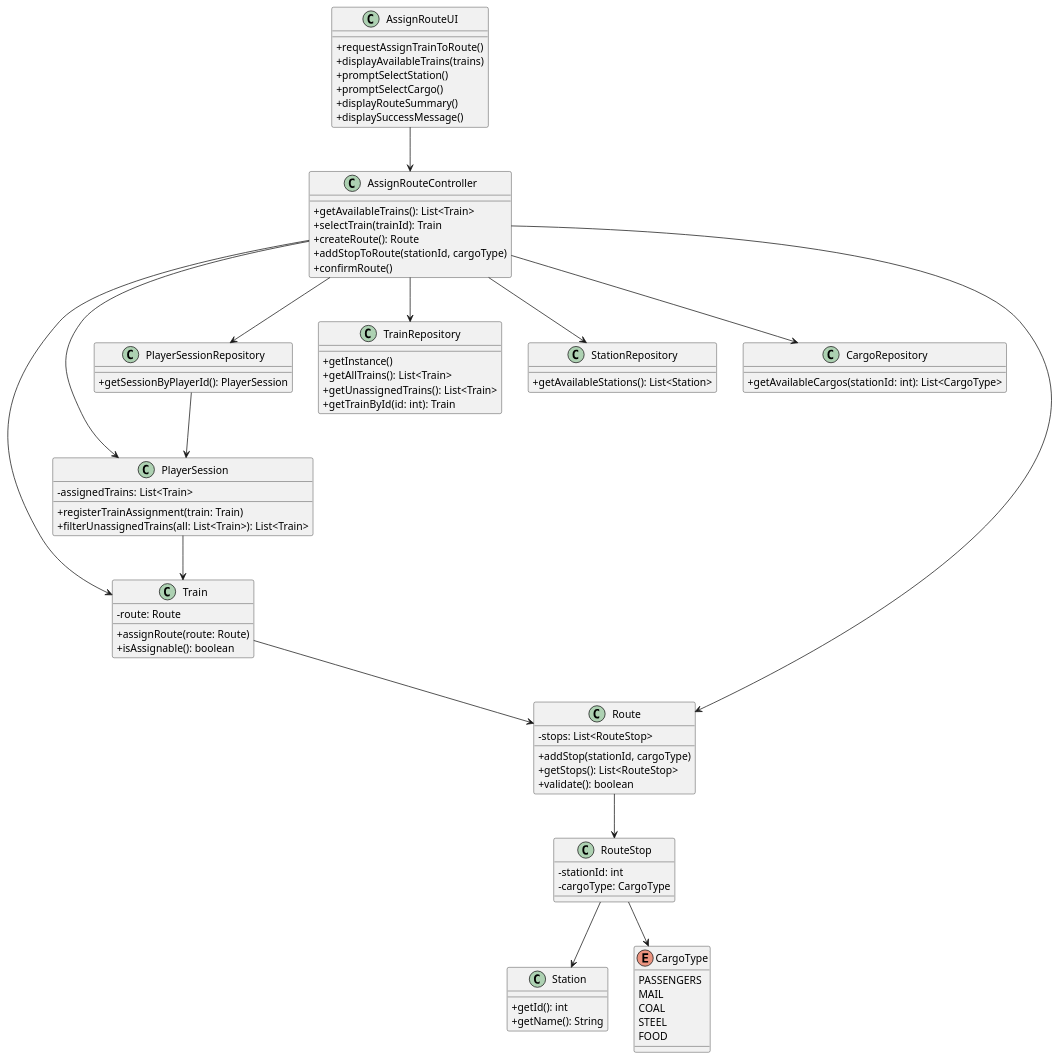
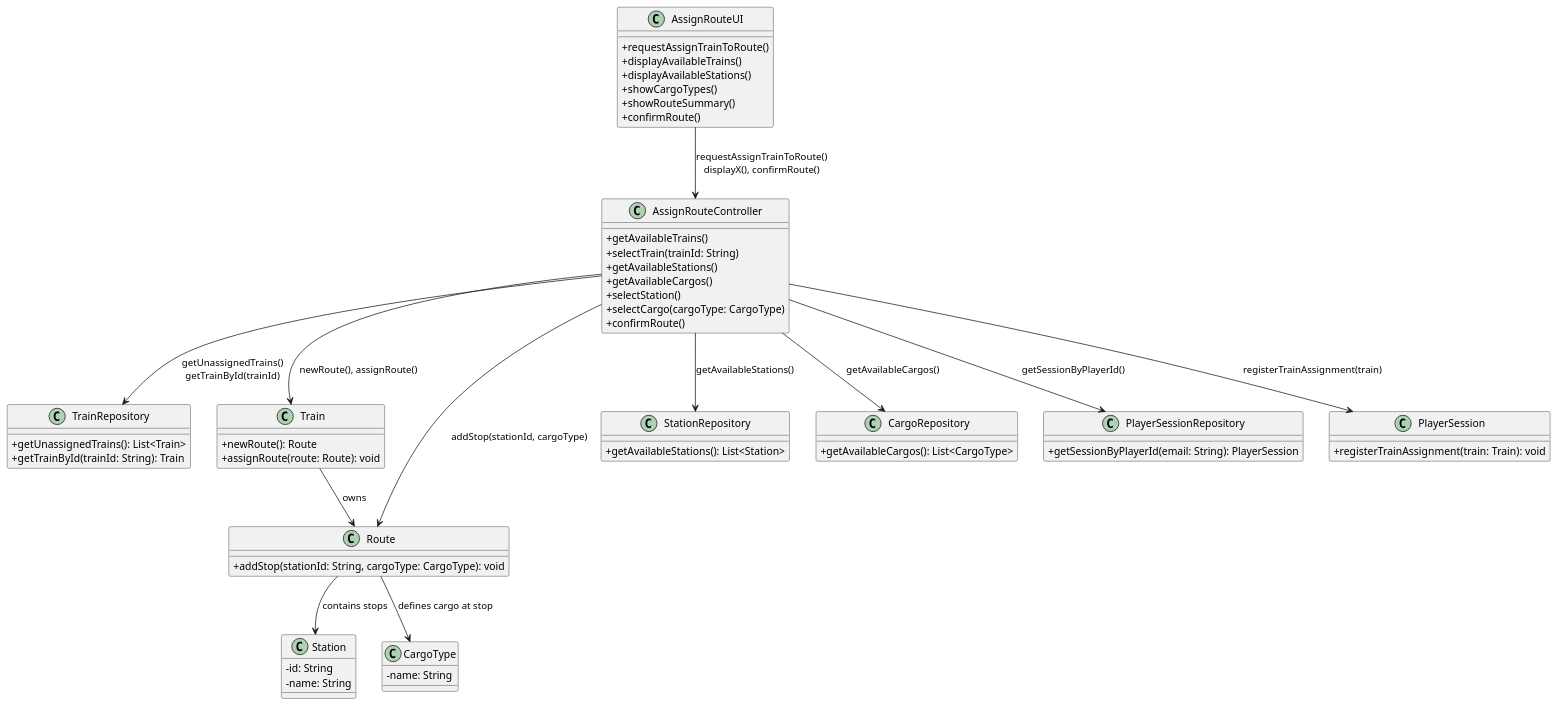
The diagram in docs/system-documentation/US10/03.design/puml/US010-CD.puml (Andremonteiro1240850/railway_simulator), drawn with PlantUML before and after one commit. The commit also changed 8 other files, not shown here.

```diff
--- a/docs/system-documentation/US10/03.design/puml/US010-CD.puml
+++ b/docs/system-documentation/US10/03.design/puml/US010-CD.puml
@@ -1,99 +1,83 @@
 @startuml
 skinparam classAttributeIconSize 0
 
-' === UI e Controlador ===
+
+
+
 class AssignRouteUI {
   +requestAssignTrainToRoute()
-  +displayAvailableTrains(trains)
-  +promptSelectStation()
-  +promptSelectCargo()
-  +displayRouteSummary()
-  +displaySuccessMessage()
+  +displayAvailableTrains()
+  +displayAvailableStations()
+  +showCargoTypes()
+  +showRouteSummary()
+  +confirmRoute()
 }
 
 class AssignRouteController {
-  +getAvailableTrains(): List<Train>
-  +selectTrain(trainId): Train
-  +createRoute(): Route
-  +addStopToRoute(stationId, cargoType)
+  +getAvailableTrains()
+  +selectTrain(trainId: String)
+  +getAvailableStations()
+  +getAvailableCargos()
+  +selectStation()
+  +selectCargo(cargoType: CargoType)
   +confirmRoute()
 }
 
-' === Entidades ===
+class TrainRepository {
+  +getUnassignedTrains(): List<Train>
+  +getTrainById(trainId: String): Train
+}
+
 class Train {
-  -route: Route
-  +assignRoute(route: Route)
-  +isAssignable(): boolean
+  +newRoute(): Route
+  +assignRoute(route: Route): void
 }
 
 class Route {
-  -stops: List<RouteStop>
-  +addStop(stationId, cargoType)
-  +getStops(): List<RouteStop>
-  +validate(): boolean
-}
-
-class RouteStop {
-  -stationId: int
-  -cargoType: CargoType
-}
-
-class PlayerSession {
-  -assignedTrains: List<Train>
-  +registerTrainAssignment(train: Train)
-  +filterUnassignedTrains(all: List<Train>): List<Train>
-}
-
-' === Repositórios ===
-class TrainRepository {
-  +getInstance()
-  +getAllTrains(): List<Train>
-  +getUnassignedTrains(): List<Train>
-  +getTrainById(id: int): Train
+  +addStop(stationId: String, cargoType: CargoType): void
 }
 
 class StationRepository {
   +getAvailableStations(): List<Station>
 }
 
+class Station {
+  -id: String
+  -name: String
+}
+
 class CargoRepository {
-  +getAvailableCargos(stationId: int): List<CargoType>
+  +getAvailableCargos(): List<CargoType>
+}
+
+class CargoType {
+  -name: String
 }
 
 class PlayerSessionRepository {
-  +getSessionByPlayerId(): PlayerSession
+  +getSessionByPlayerId(email: String): PlayerSession
 }
 
-' === Tipos auxiliares ===
-class Station {
-  +getId(): int
-  +getName(): String
-}
-
-enum CargoType {
-  PASSENGERS
-  MAIL
-  COAL
-  STEEL
-  FOOD
+class PlayerSession {
+  +registerTrainAssignment(train: Train): void
 }
 
 
-AssignRouteUI --> AssignRouteController
-AssignRouteController --> TrainRepository
-AssignRouteController --> StationRepository
-AssignRouteController --> CargoRepository
-AssignRouteController --> PlayerSessionRepository
-AssignRouteController --> Route
-AssignRouteController --> Train
-AssignRouteController --> PlayerSession
 
-PlayerSessionRepository --> PlayerSession
-PlayerSession --> Train
+AssignRouteUI --> AssignRouteController : requestAssignTrainToRoute()\ndisplayX(), confirmRoute()
 
-Train --> Route
-Route --> RouteStop
-RouteStop --> CargoType
-RouteStop --> Station
+AssignRouteController --> TrainRepository : getUnassignedTrains()\ngetTrainById(trainId)
+AssignRouteController --> Train : newRoute(), assignRoute()
+AssignRouteController --> Route : addStop(stationId, cargoType)
+AssignRouteController --> StationRepository : getAvailableStations()
+AssignRouteController --> CargoRepository : getAvailableCargos()
+AssignRouteController --> PlayerSessionRepository : getSessionByPlayerId()
+AssignRouteController --> PlayerSession : registerTrainAssignment(train)
+
+' Relações entre objetos do domínio
+
+Train --> Route : owns
+Route --> Station : contains stops
+Route --> CargoType : defines cargo at stop
 
 @enduml
```
